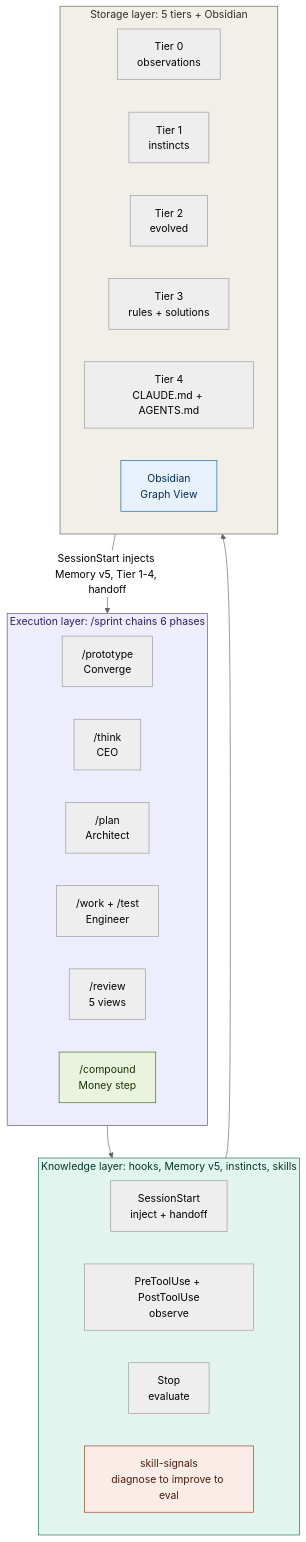
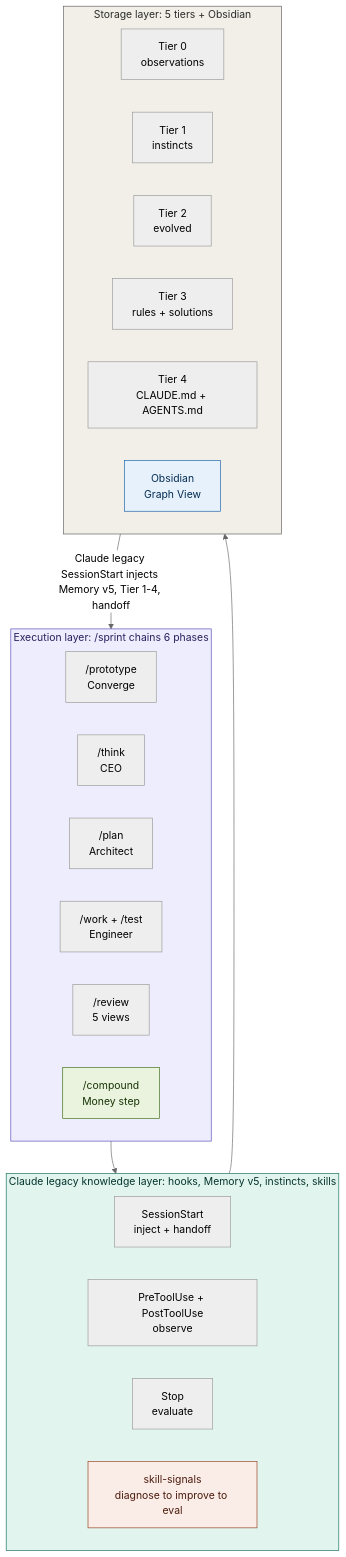
The first of 6 diagrams in README.md (songuu/tech-persistence), drawn with Mermaid (neutral theme) before and after one commit. The commit also changed other lines of this file and 143 other files, not shown here.

````diff
--- a/README.md
+++ b/README.md
@@ -43,41 +43,41 @@
 ```mermaid
 flowchart TD
     subgraph EXEC["Execution layer: /sprint chains 6 phases"]
         direction LR
         PROTOTYPE["/prototype<br/>Converge"]
         THINK["/think<br/>CEO"]
         PLAN["/plan<br/>Architect"]
         WORK["/work + /test<br/>Engineer"]
         REVIEW["/review<br/>5 views"]
         COMPOUND["/compound<br/>Money step"]
     end
 
-    subgraph KNOW["Knowledge layer: hooks, Memory v5, instincts, skills"]
+    subgraph KNOW["Claude legacy knowledge layer: hooks, Memory v5, instincts, skills"]
         direction LR
         SESSION_START["SessionStart<br/>inject + handoff"]
         TOOL_HOOKS["PreToolUse + PostToolUse<br/>observe"]
         STOP_HOOK["Stop<br/>evaluate"]
         SKILL_SIGNALS["skill-signals<br/>diagnose to improve to eval"]
     end
 
     subgraph STORE["Storage layer: 5 tiers + Obsidian"]
         direction LR
         TIER_0["Tier 0<br/>observations"]
         TIER_1["Tier 1<br/>instincts"]
         TIER_2["Tier 2<br/>evolved"]
         TIER_3["Tier 3<br/>rules + solutions"]
         TIER_4["Tier 4<br/>CLAUDE.md + AGENTS.md"]
         OBSIDIAN["Obsidian<br/>Graph View"]
     end
 
     EXEC --> KNOW
     KNOW --> STORE
-    STORE -->|"SessionStart injects Memory v5, Tier 1-4, handoff"| EXEC
+    STORE -->|"Claude legacy SessionStart injects Memory v5, Tier 1-4, handoff"| EXEC
 
     style EXEC fill:#EEEDFE,stroke:#534AB7,color:#26215C
     style KNOW fill:#E1F5EE,stroke:#0F6E56,color:#04342C
     style STORE fill:#F1EFE8,stroke:#5F5E5A,color:#2C2C2A
     style COMPOUND fill:#EAF3DE,stroke:#3B6D11,color:#173404
     style SKILL_SIGNALS fill:#FAECE7,stroke:#993C1D,color:#4A1B0C
     style OBSIDIAN fill:#E6F1FB,stroke:#185FA5,color:#042C53
 ```
````
